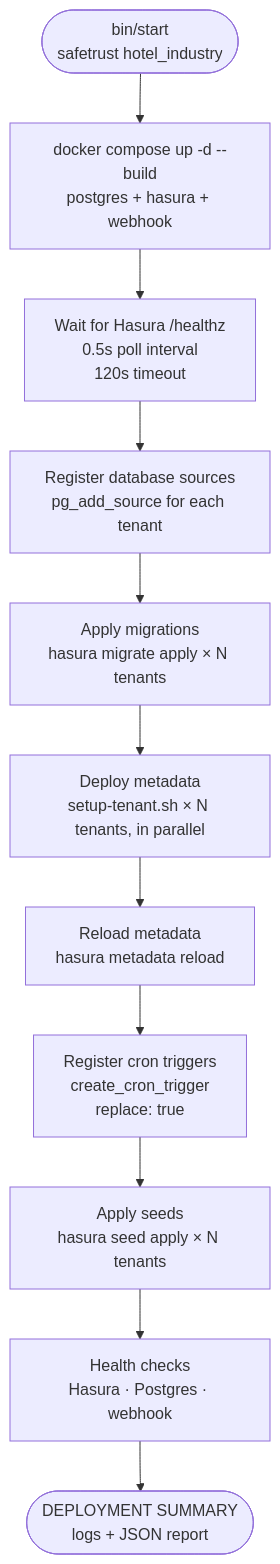
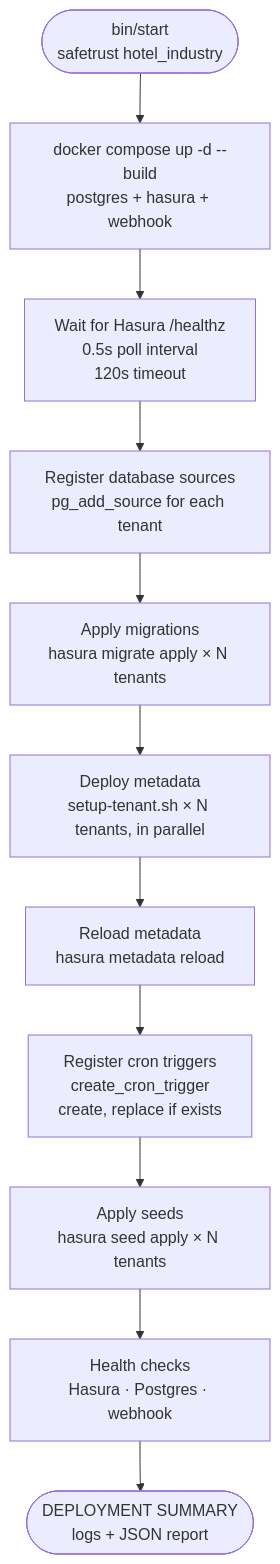
The diagram in docs/infra/bin-start.md (safetrustcr/backend-SafeTrust), drawn with Mermaid before and after one commit. The commit also changed other lines of this file and 4 other files, not shown here.

````diff
--- a/docs/infra/bin-start.md
+++ b/docs/infra/bin-start.md
@@ -4,13 +4,13 @@
 ```mermaid
 flowchart TD
     A([bin/start\nsafetrust hotel_industry]) --> B[docker compose up -d --build\npostgres + hasura + webhook]
     B --> C[Wait for Hasura /healthz\n0.5s poll interval\n120s timeout]
     C --> D[Register database sources\npg_add_source for each tenant]
     D --> E[Apply migrations\nhasura migrate apply × N tenants]
     E --> F[Deploy metadata\nsetup-tenant.sh × N tenants, in parallel]
     F --> G[Reload metadata\nhasura metadata reload]
-    G --> H[Register cron triggers\ncreate_cron_trigger\nreplace: true]
+    G --> H[Register cron triggers\ncreate_cron_trigger\ncreate, replace if exists]
     H --> I[Apply seeds\nhasura seed apply × N tenants]
     I --> J[Health checks\nHasura · Postgres · webhook]
     J --> K([DEPLOYMENT SUMMARY\nlogs + JSON report])
 ```
````
